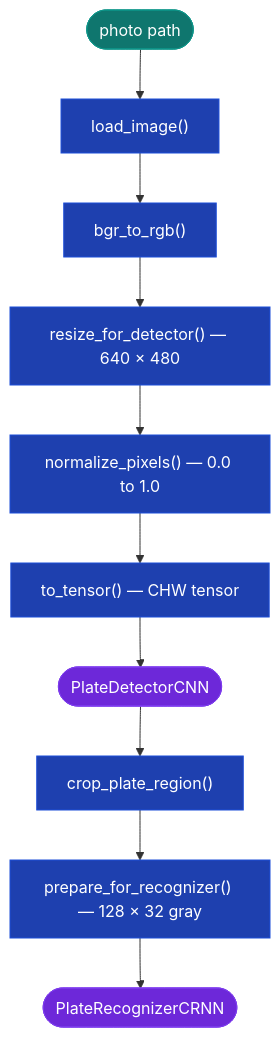
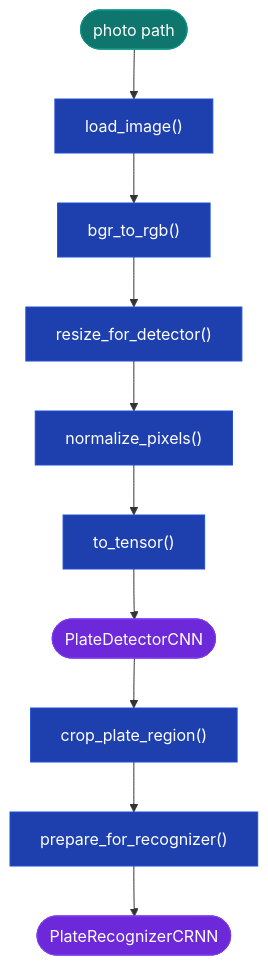
One commit to K3vin-h/parking-tracker changed the diagram in README.md. Above: the diagram before and after it, drawn with Mermaid.

Commit message:
docs: apply linter formatting to README

````diff
--- a/README.md
+++ b/README.md
@@ -126,27 +126,27 @@
 ```mermaid
 flowchart TD
     IMG(["photo path"])
 
     LOAD["load_image()"]
     BGR["bgr_to_rgb()"]
-    RESIZE["resize_for_detector() — 640 × 480"]
-    NORM["normalize_pixels() — 0.0 to 1.0"]
-    TENSOR["to_tensor() — CHW tensor"]
+    RESIZE["resize_for_detector()"]
+    NORM["normalize_pixels()"]
+    TENSOR["to_tensor()"]
 
     DETECTOR(["PlateDetectorCNN"])
 
     CROP["crop_plate_region()"]
-    PREP["prepare_for_recognizer() — 128 × 32 gray"]
+    PREP["prepare_for_recognizer()"]
 
     RECOG(["PlateRecognizerCRNN"])
 
     IMG --> LOAD --> BGR --> RESIZE --> NORM --> TENSOR --> DETECTOR --> CROP --> PREP --> RECOG
 
     classDef preproc fill:#1e40af,stroke:#1d4ed8,color:#fff
     classDef model fill:#6d28d9,stroke:#7c3aed,color:#fff
     classDef io fill:#0f766e,stroke:#0d9488,color:#fff
 
     class LOAD,BGR,RESIZE,NORM,TENSOR,CROP,PREP preproc
     class DETECTOR,RECOG model
     class IMG io
 ```
````
